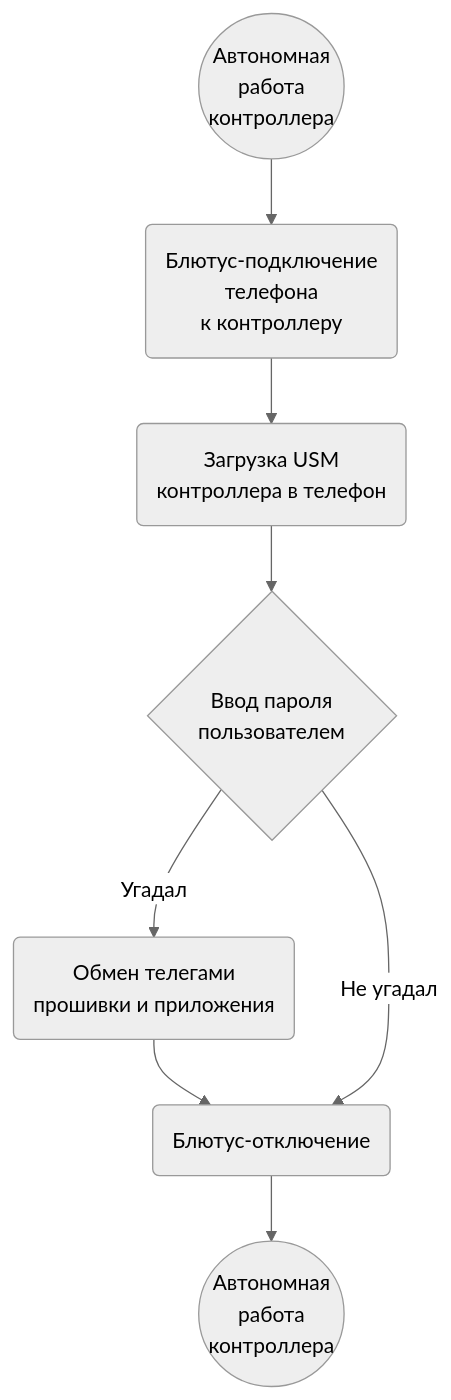
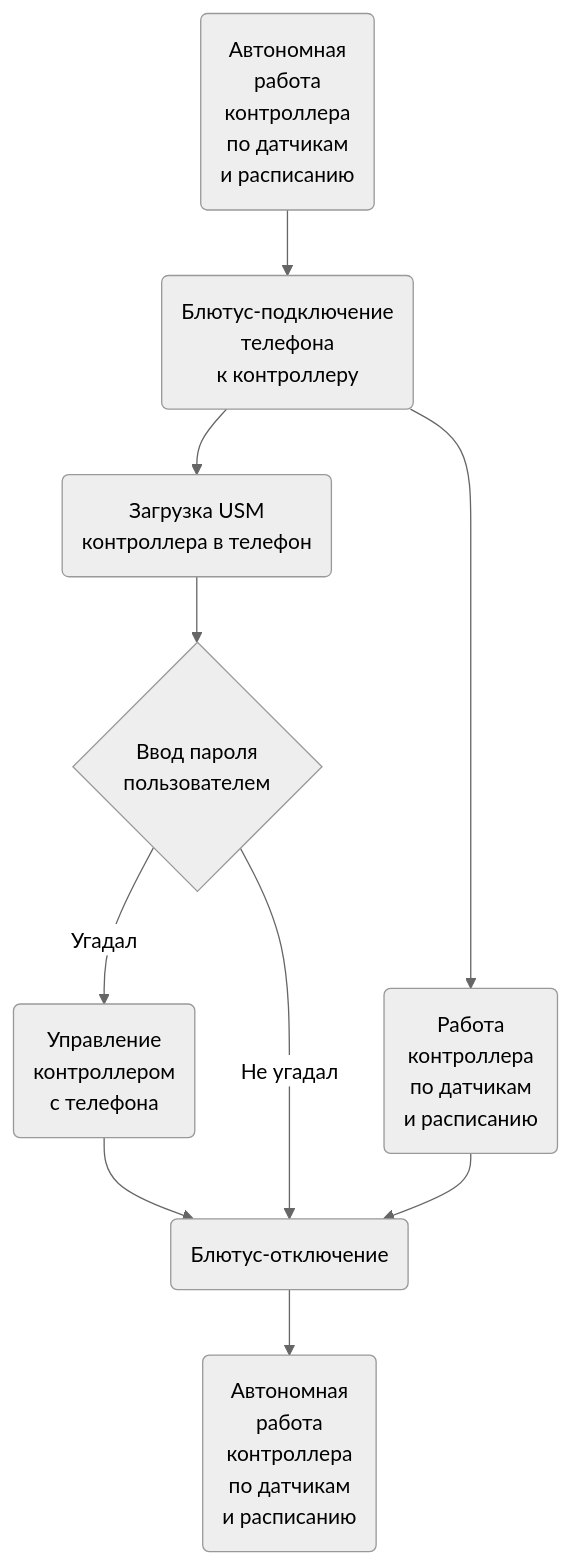
One commit to KhudyakovAlex/Synapse changed the first of 2 diagrams in PDS/SynapsePDS_FW_Logic.md. Above: the diagram before and after it, drawn with Mermaid (neutral theme). The commit also changed other lines of this file and 23 other files, not shown here.

````diff
--- a/PDS/SynapsePDS_FW_Logic.md
+++ b/PDS/SynapsePDS_FW_Logic.md
@@ -35,20 +35,23 @@
 ```mermaid
 flowchart TB
-    SAW((Автономная<br>работа<br>контроллера))
+    SAW(Автономная<br>работа<br>контроллера<br>по датчикам<br> и расписанию)
     BC(Блютус-подключение<br>телефона<br>к контроллеру)
+    WC(Работа<br>контроллера<br>по датчикам<br> и расписанию)
     DD(Загрузка USM<br>контроллера в телефон)
     P{Ввод пароля<br>пользователем}
-    W(Обмен телегами<br>прошивки и приложения)
+    W(Управление<br>контроллером<br>с телефона)
     BDC(Блютус-отключение)
-    EAW((Автономная<br>работа<br>контроллера))
+    EAW(Автономная<br>работа<br>контроллера<br>по датчикам<br> и расписанию)
 
     SAW-->BC
     BC-->DD
+    BC-->WC
     DD-->P
 
     P -->|Угадал| W
     W-->BDC
+    WC-->BDC
     P -->|Не угадал| BDC
 
     BDC-->EAW
 ```
````
